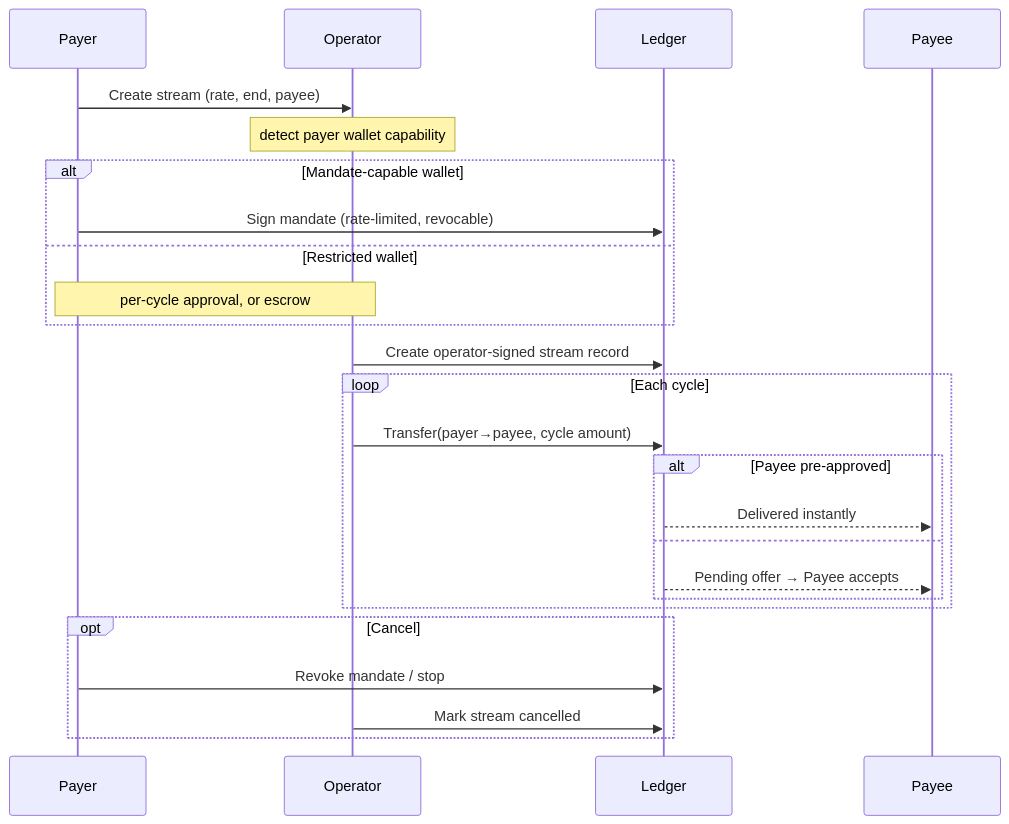
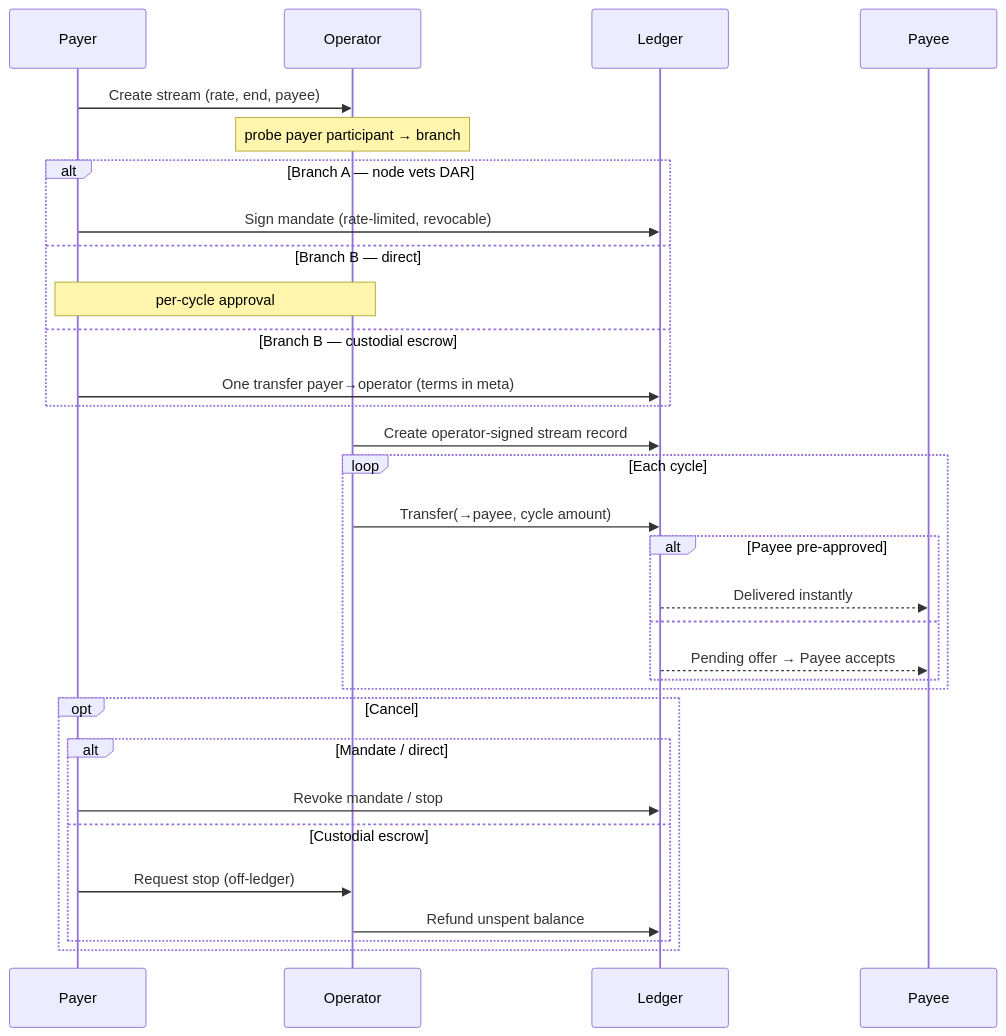
Before and after one commit to deepthi-2531/Payment-Streams: the diagram in docs/SETTLEMENT-DESIGN.md, drawn with Mermaid. The commit also changed other lines of this file, not shown here.

First line of the commit message:
docs: rewrite settlement design as capability-routed delivery model

````diff
--- a/docs/SETTLEMENT-DESIGN.md
+++ b/docs/SETTLEMENT-DESIGN.md
@@ -205,30 +188,36 @@
 ```mermaid
 sequenceDiagram
     participant Payer
     participant Operator
     participant Ledger
     participant Payee
 
     Payer->>Operator: Create stream (rate, end, payee)
-    Note over Operator: detect payer wallet capability
-    alt Mandate-capable wallet
+    Note over Operator: probe payer participant → branch
+    alt Branch A — node vets DAR
         Payer->>Ledger: Sign mandate (rate-limited, revocable)
-    else Restricted wallet
-        Note over Payer,Operator: per-cycle approval, or escrow
+    else Branch B — direct
+        Note over Payer,Operator: per-cycle approval
+    else Branch B — custodial escrow
+        Payer->>Ledger: One transfer payer→operator (terms in meta)
     end
     Operator->>Ledger: Create operator-signed stream record
 
     loop Each cycle
-        Operator->>Ledger: Transfer(payer→payee, cycle amount)
+        Operator->>Ledger: Transfer(→payee, cycle amount)
         alt Payee pre-approved
             Ledger-->>Payee: Delivered instantly
         else
             Ledger-->>Payee: Pending offer → Payee accepts
         end
     end
 
     opt Cancel
-        Payer->>Ledger: Revoke mandate / stop
-        Operator->>Ledger: Mark stream cancelled
+        alt Mandate / direct
+            Payer->>Ledger: Revoke mandate / stop
+        else Custodial escrow
+            Payer->>Operator: Request stop (off-ledger)
+            Operator->>Ledger: Refund unspent balance
+        end
     end
 ```
````
